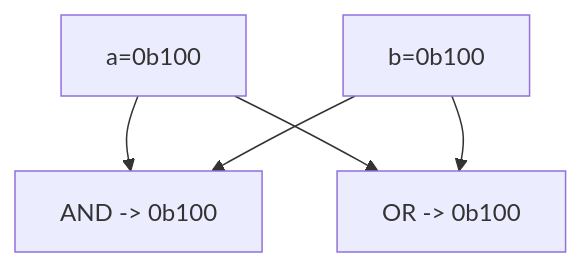
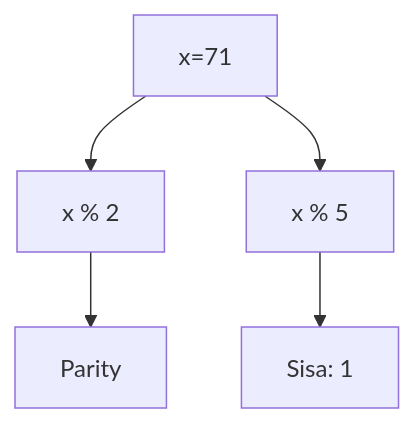
Before and after one commit to amnahwaida/OSNK_INF_PREP: the second of 25 diagrams in part-c-pemahaman-cpp/06-bitwise/latihan/set-05.md, drawn with Mermaid. The commit also changed other lines of this file and 71 other files, not shown here.

````diff
--- a/part-c-pemahaman-cpp/06-bitwise/latihan/set-05.md
+++ b/part-c-pemahaman-cpp/06-bitwise/latihan/set-05.md
@@ -55,7 +54,7 @@
 ```mermaid
 graph TD
-    A["a=0b100"] --> C["AND -> 0b100"]
-    B["b=0b100"] --> C
-    A --> D["OR  -> 0b100"]
-    B --> D
+A[x=71] --> B[x % 2]
+B --> C[Parity]
+A --> D[x % 5]
+D --> E[Sisa: 1]
 ```
````
